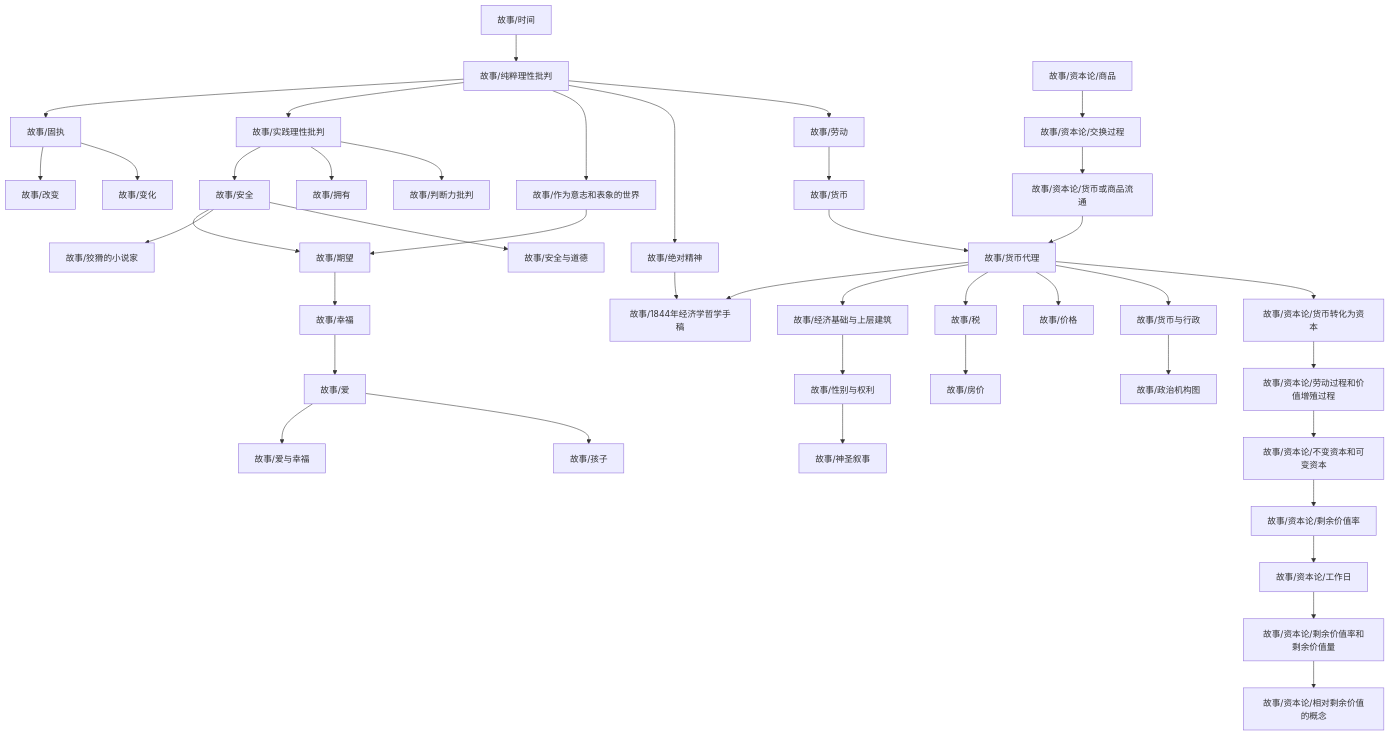
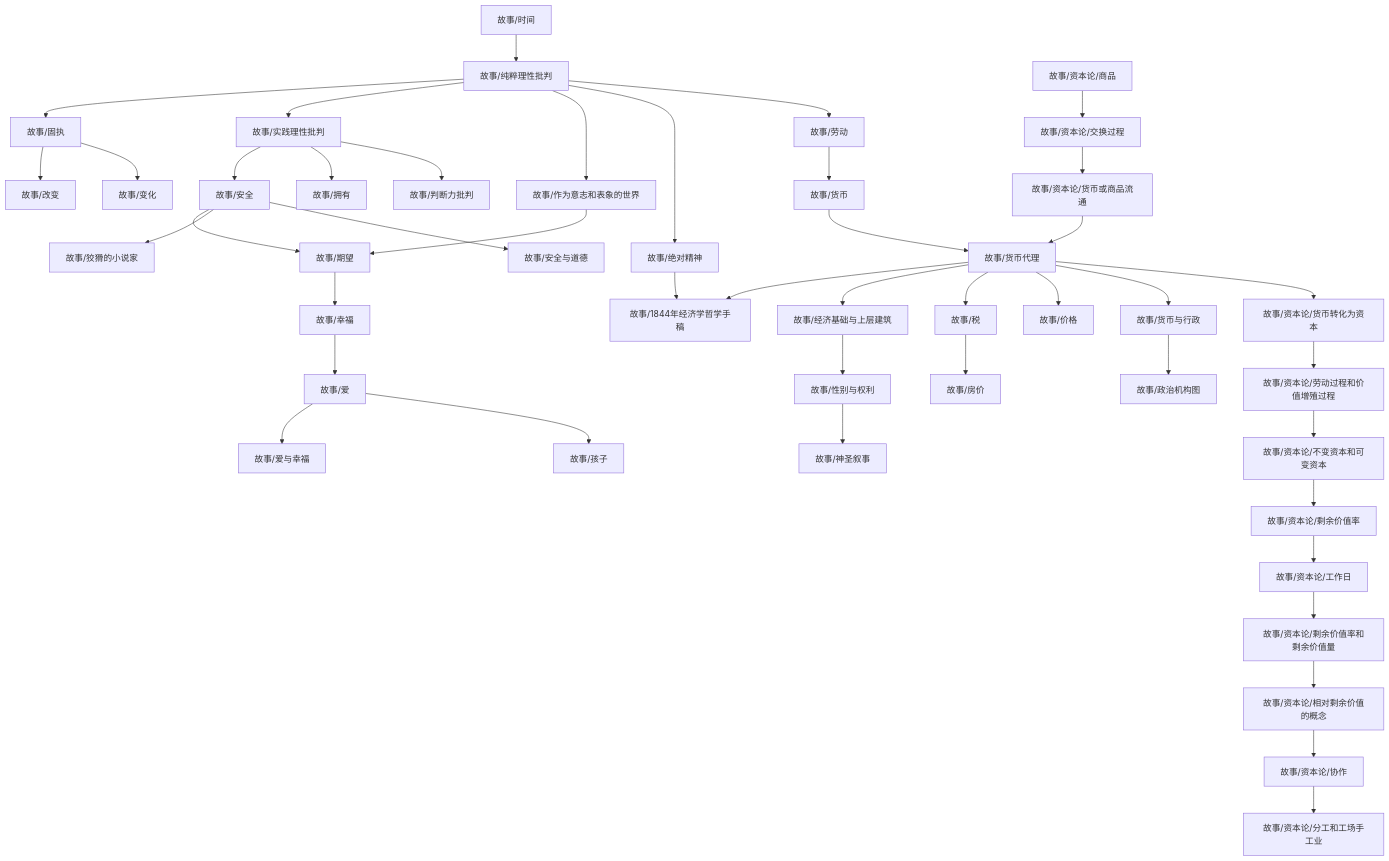
The diagram in content/故事/dependency_graph.md (zengls3186428803/zengls3186428803.github.io), drawn with Mermaid before and after one commit. The commit also changed 3 other files, not shown here.

````diff
--- a/content/故事/dependency_graph.md
+++ b/content/故事/dependency_graph.md
@@ -1,44 +1,46 @@
 ```mermaid
 graph TD
 1["故事/纯粹理性批判"] --> 0["故事/固执"]
 3["故事/经济基础与上层建筑"] --> 2["故事/性别与权利"]
 0["故事/固执"] --> 4["故事/改变"]
 6["故事/货币代理"] --> 5["故事/1844年经济学哲学手稿"]
 7["故事/绝对精神"] --> 5["故事/1844年经济学哲学手稿"]
 9["故事/作为意志和表象的世界"] --> 8["故事/期望"]
 10["故事/安全"] --> 8["故事/期望"]
 10["故事/安全"] --> 11["故事/狡猾的小说家"]
 1["故事/纯粹理性批判"] --> 12["故事/实践理性批判"]
 13["故事/时间"] --> 1["故事/纯粹理性批判"]
 12["故事/实践理性批判"] --> 10["故事/安全"]
 6["故事/货币代理"] --> 3["故事/经济基础与上层建筑"]
 12["故事/实践理性批判"] --> 14["故事/拥有"]
 6["故事/货币代理"] --> 15["故事/税"]
 15["故事/税"] --> 16["故事/房价"]
 18["故事/货币与行政"] --> 17["故事/政治机构图"]
 0["故事/固执"] --> 19["故事/变化"]
 21["故事/幸福"] --> 20["故事/爱"]
 6["故事/货币代理"] --> 22["故事/价格"]
 23["故事/货币"] --> 6["故事/货币代理"]
 24["故事/资本论/货币或商品流通"] --> 6["故事/货币代理"]
 1["故事/纯粹理性批判"] --> 9["故事/作为意志和表象的世界"]
 1["故事/纯粹理性批判"] --> 7["故事/绝对精神"]
 6["故事/货币代理"] --> 18["故事/货币与行政"]
 10["故事/安全"] --> 26["故事/安全与道德"]
 2["故事/性别与权利"] --> 27["故事/神圣叙事"]
 20["故事/爱"] --> 28["故事/爱与幸福"]
 29["故事/劳动"] --> 23["故事/货币"]
 20["故事/爱"] --> 30["故事/孩子"]
 1["故事/纯粹理性批判"] --> 29["故事/劳动"]
 12["故事/实践理性批判"] --> 31["故事/判断力批判"]
 8["故事/期望"] --> 21["故事/幸福"]
 33["故事/资本论/不变资本和可变资本"] --> 32["故事/资本论/剩余价值率"]
 34["故事/资本论/交换过程"] --> 24["故事/资本论/货币或商品流通"]
 36["故事/资本论/货币转化为资本"] --> 35["故事/资本论/劳动过程和价值增殖过程"]
 35["故事/资本论/劳动过程和价值增殖过程"] --> 33["故事/资本论/不变资本和可变资本"]
+38["故事/资本论/相对剩余价值的概念"] --> 37["故事/资本论/协作"]
 6["故事/货币代理"] --> 36["故事/资本论/货币转化为资本"]
-37["故事/资本论/商品"] --> 34["故事/资本论/交换过程"]
-39["故事/资本论/工作日"] --> 38["故事/资本论/剩余价值率和剩余价值量"]
-38["故事/资本论/剩余价值率和剩余价值量"] --> 40["故事/资本论/相对剩余价值的概念"]
-32["故事/资本论/剩余价值率"] --> 39["故事/资本论/工作日"]
+39["故事/资本论/商品"] --> 34["故事/资本论/交换过程"]
+37["故事/资本论/协作"] --> 40["故事/资本论/分工和工场手工业"]
+42["故事/资本论/工作日"] --> 41["故事/资本论/剩余价值率和剩余价值量"]
+41["故事/资本论/剩余价值率和剩余价值量"] --> 38["故事/资本论/相对剩余价值的概念"]
+32["故事/资本论/剩余价值率"] --> 42["故事/资本论/工作日"]
 ```
````
